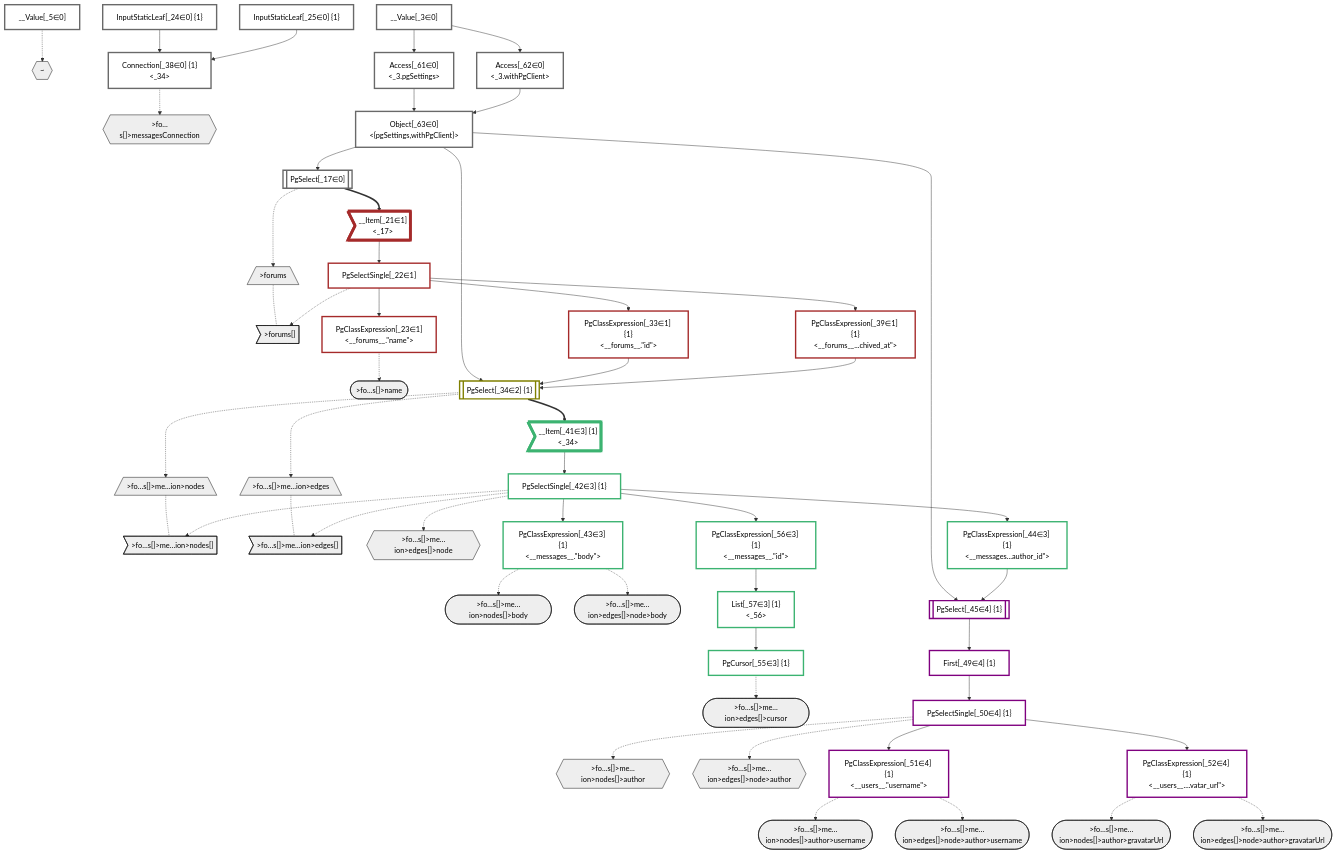
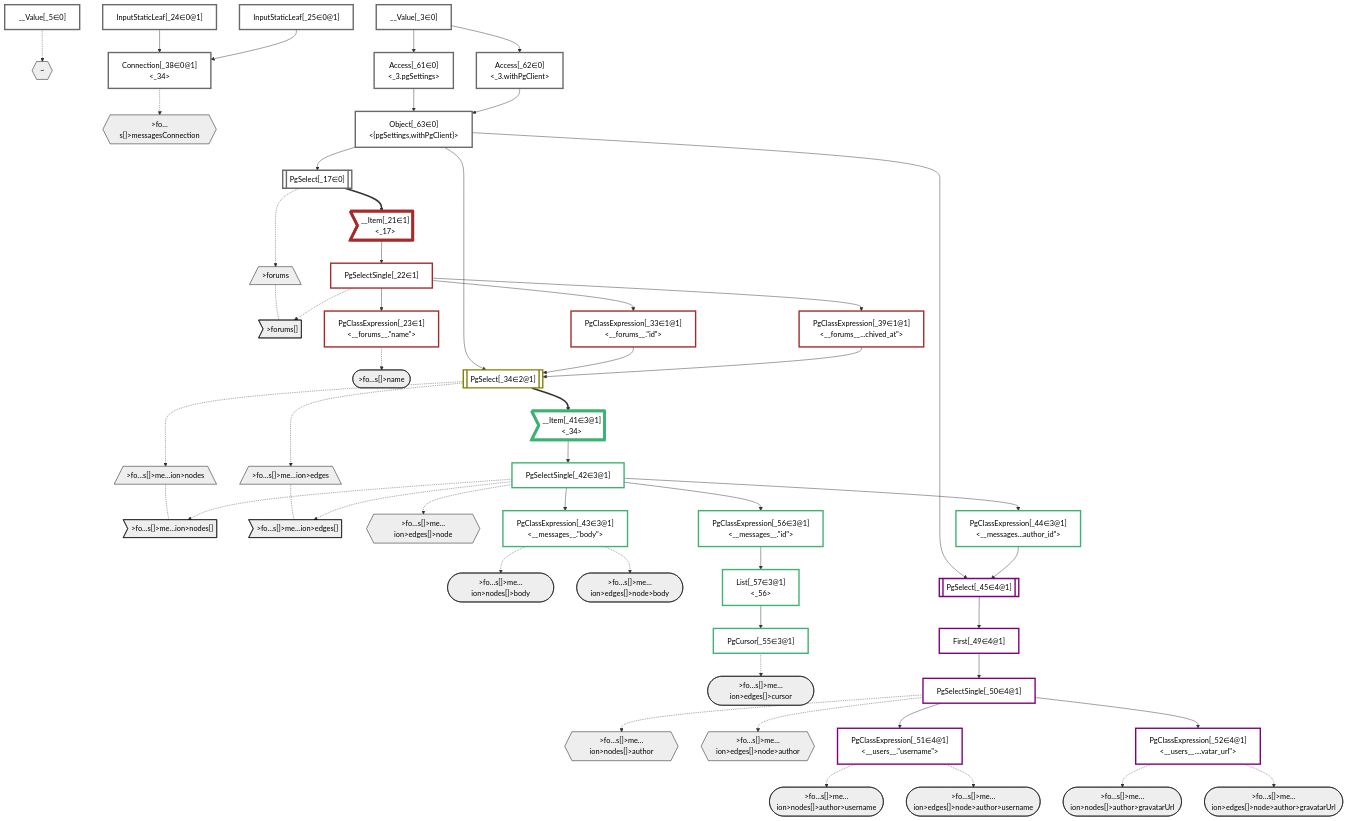
The diagram in packages/dataplan-pg/__tests__/queries/conditions/archived-forum-inherited-messages.defer-1.deopt.mermaid.md (graphile/crystal), drawn with Mermaid before and after one commit. The commit also changed 41 other files, not shown here.

Commit message:
New mermaid output with primary group IDs

```diff
--- a/packages/dataplan-pg/__tests__/queries/conditions/archived-forum-inherited-messages.defer-1.deopt.mermaid.md
+++ b/packages/dataplan-pg/__tests__/queries/conditions/archived-forum-inherited-messages.defer-1.deopt.mermaid.md
@@ -52,24 +52,24 @@
     __Item_21>"__Item[_21∈1]<br /><_17>"]:::itemplan
     PgSelectSingle_22["PgSelectSingle[_22∈1]<br /><forums>"]:::plan
     PgClassExpression_23["PgClassExpression[_23∈1]<br /><__forums__.#quot;name#quot;>"]:::plan
-    InputStaticLeaf_24["InputStaticLeaf[_24∈0] {1}"]:::plan
-    InputStaticLeaf_25["InputStaticLeaf[_25∈0] {1}"]:::plan
-    PgClassExpression_33["PgClassExpression[_33∈1] {1}<br /><__forums__.#quot;id#quot;>"]:::plan
-    PgSelect_34[["PgSelect[_34∈2] {1}<br /><messages>"]]:::plan
-    Connection_38["Connection[_38∈0] {1}<br /><_34>"]:::plan
-    PgClassExpression_39["PgClassExpression[_39∈1] {1}<br /><__forums__...chived_at#quot;>"]:::plan
-    __Item_41>"__Item[_41∈3] {1}<br /><_34>"]:::itemplan
-    PgSelectSingle_42["PgSelectSingle[_42∈3] {1}<br /><messages>"]:::plan
-    PgClassExpression_43["PgClassExpression[_43∈3] {1}<br /><__messages__.#quot;body#quot;>"]:::plan
-    PgClassExpression_44["PgClassExpression[_44∈3] {1}<br /><__messages...author_id#quot;>"]:::plan
-    PgSelect_45[["PgSelect[_45∈4] {1}<br /><users>"]]:::plan
-    First_49["First[_49∈4] {1}"]:::plan
-    PgSelectSingle_50["PgSelectSingle[_50∈4] {1}<br /><users>"]:::plan
-    PgClassExpression_51["PgClassExpression[_51∈4] {1}<br /><__users__.#quot;username#quot;>"]:::plan
-    PgClassExpression_52["PgClassExpression[_52∈4] {1}<br /><__users__....vatar_url#quot;>"]:::plan
-    PgCursor_55["PgCursor[_55∈3] {1}"]:::plan
-    PgClassExpression_56["PgClassExpression[_56∈3] {1}<br /><__messages__.#quot;id#quot;>"]:::plan
-    List_57["List[_57∈3] {1}<br /><_56>"]:::plan
+    InputStaticLeaf_24["InputStaticLeaf[_24∈0@1]"]:::plan
+    InputStaticLeaf_25["InputStaticLeaf[_25∈0@1]"]:::plan
+    PgClassExpression_33["PgClassExpression[_33∈1@1]<br /><__forums__.#quot;id#quot;>"]:::plan
+    PgSelect_34[["PgSelect[_34∈2@1]<br /><messages>"]]:::plan
+    Connection_38["Connection[_38∈0@1]<br /><_34>"]:::plan
+    PgClassExpression_39["PgClassExpression[_39∈1@1]<br /><__forums__...chived_at#quot;>"]:::plan
+    __Item_41>"__Item[_41∈3@1]<br /><_34>"]:::itemplan
+    PgSelectSingle_42["PgSelectSingle[_42∈3@1]<br /><messages>"]:::plan
+    PgClassExpression_43["PgClassExpression[_43∈3@1]<br /><__messages__.#quot;body#quot;>"]:::plan
+    PgClassExpression_44["PgClassExpression[_44∈3@1]<br /><__messages...author_id#quot;>"]:::plan
+    PgSelect_45[["PgSelect[_45∈4@1]<br /><users>"]]:::plan
+    First_49["First[_49∈4@1]"]:::plan
+    PgSelectSingle_50["PgSelectSingle[_50∈4@1]<br /><users>"]:::plan
+    PgClassExpression_51["PgClassExpression[_51∈4@1]<br /><__users__.#quot;username#quot;>"]:::plan
+    PgClassExpression_52["PgClassExpression[_52∈4@1]<br /><__users__....vatar_url#quot;>"]:::plan
+    PgCursor_55["PgCursor[_55∈3@1]"]:::plan
+    PgClassExpression_56["PgClassExpression[_56∈3@1]<br /><__messages__.#quot;id#quot;>"]:::plan
+    List_57["List[_57∈3@1]<br /><_56>"]:::plan
     Access_61["Access[_61∈0]<br /><_3.pgSettings>"]:::plan
     Access_62["Access[_62∈0]<br /><_3.withPgClient>"]:::plan
     Object_63["Object[_63∈0]<br /><{pgSettings,withPgClient}>"]:::plan
```
